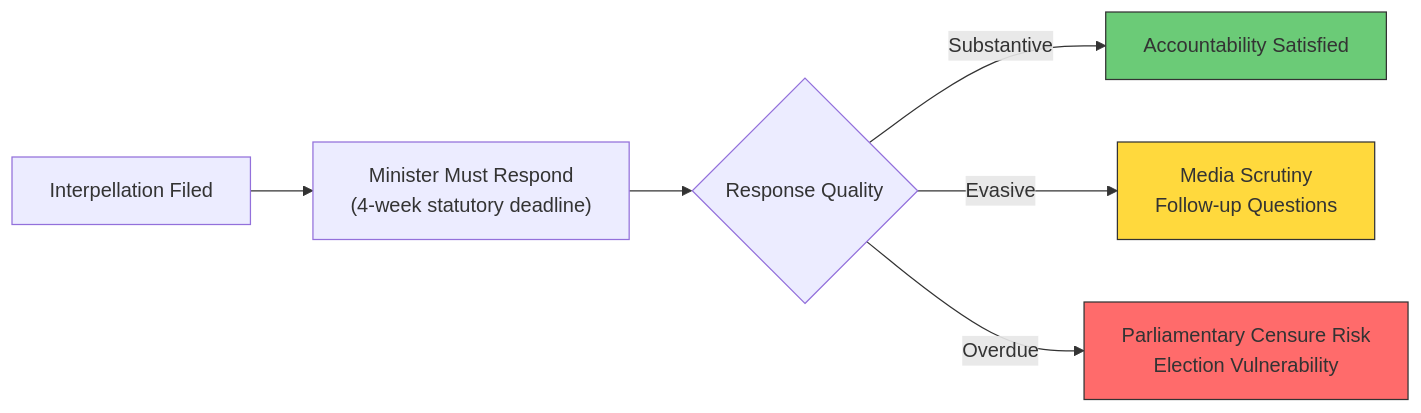
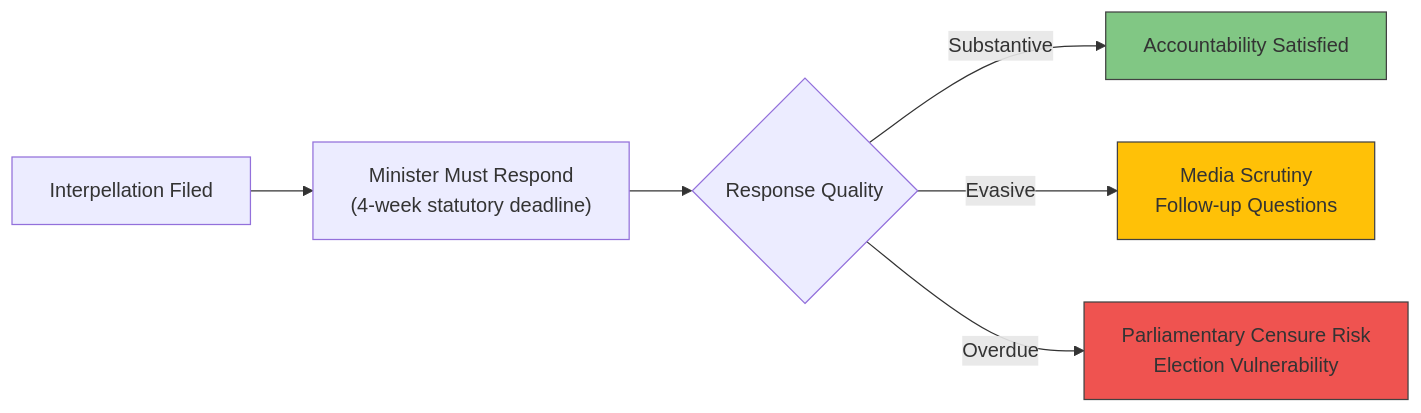
Before and after one commit to Hack23/riksdagsmonitor: the diagram in analysis/daily/2026-04-16/interpellations/threat-analysis.md, drawn with Mermaid. The commit also changed 785 other files, not shown here.

First line of the commit message:
Normalize mermaid colors across 786 analysis artifacts to ISMS Style Guide palette

````diff
--- a/analysis/daily/2026-04-16/interpellations/threat-analysis.md
+++ b/analysis/daily/2026-04-16/interpellations/threat-analysis.md
@@ -40,15 +40,15 @@
 ```mermaid
 flowchart LR
     A["Interpellation Filed"] --> B["Minister Must Respond
 (4-week statutory deadline)"]
     B --> C{"Response Quality"}
     C -->|"Substantive"| D["Accountability Satisfied"]:::green
     C -->|"Evasive"| E["Media Scrutiny
 Follow-up Questions"]:::yellow
     C -->|"Overdue"| F["Parliamentary Censure Risk
 Election Vulnerability"]:::red
 
-    classDef green fill:#6bcb77,stroke:#333
-    classDef yellow fill:#ffd93d,stroke:#333
-    classDef red fill:#ff6b6b,stroke:#333
+    classDef green fill:#81C784,stroke:#424242
+    classDef yellow fill:#FFC107,stroke:#424242
+    classDef red fill:#EF5350,stroke:#424242
 ```
````
